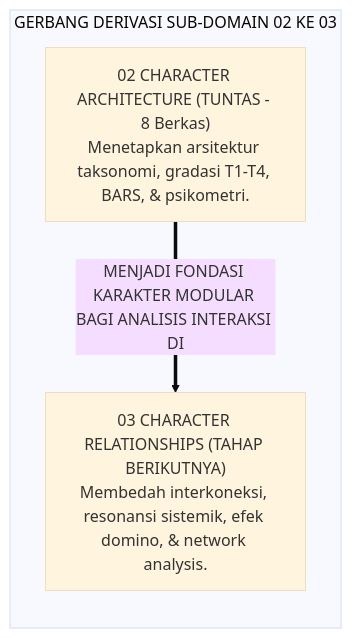
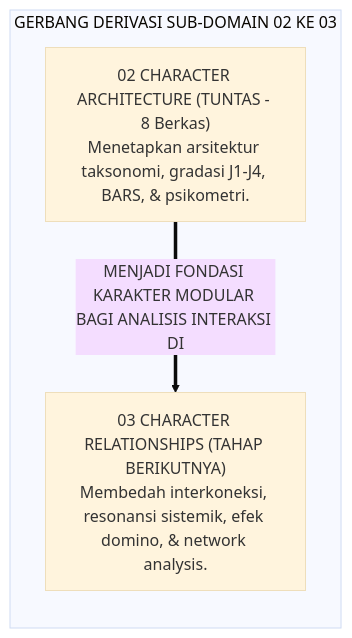
One commit to wandiapriliyandi/tumbuh changed the third of 4 diagrams in 03 Capacity Framework/02 Character Architecture/P3-02-06-Sintesis-Character-Architecture-TUMBUH.md. Above: the diagram before and after it, drawn with Mermaid (base theme). The commit also changed other lines of this file and 209 other files, not shown here.

````diff
--- a/03 Capacity Framework/02 Character Architecture/P3-02-06-Sintesis-Character-Architecture-TUMBUH.md
+++ b/03 Capacity Framework/02 Character Architecture/P3-02-06-Sintesis-Character-Architecture-TUMBUH.md
@@ -106,10 +106,10 @@
 ```mermaid
 graph LR
     subgraph JembatanKonseptualArchitectureToRelationships["GERBANG DERIVASI SUB-DOMAIN 02 KE 03"]
-        SD02["02 CHARACTER ARCHITECTURE (TUNTAS - 8 Berkas)<br/>Menetapkan arsitektur taksonomi, gradasi T1-T4, BARS, & psikometri."]
+        SD02["02 CHARACTER ARCHITECTURE (TUNTAS - 8 Berkas)<br/>Menetapkan arsitektur taksonomi, gradasi J1-J4, BARS, & psikometri."]
         
         SD03["03 CHARACTER RELATIONSHIPS (TAHAP BERIKUTNYA)<br/>Membedah interkoneksi, resonansi sistemik, efek domino, & network analysis."]
         
         SD02 ==>|MENJADI FONDASI KARAKTER MODULAR BAGI ANALISIS INTERAKSI DI| SD03
     end
 ```
````
